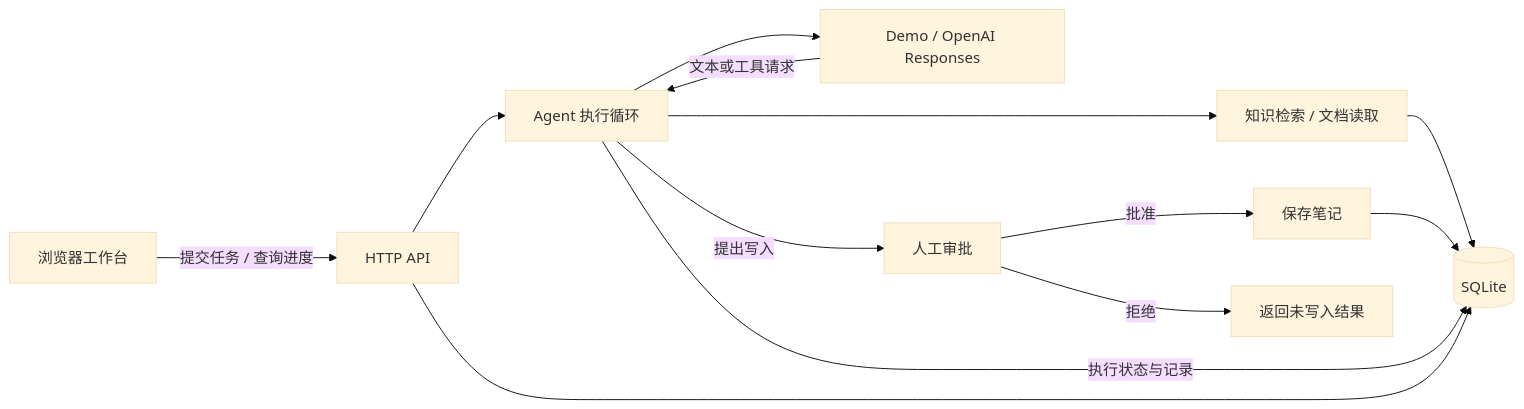
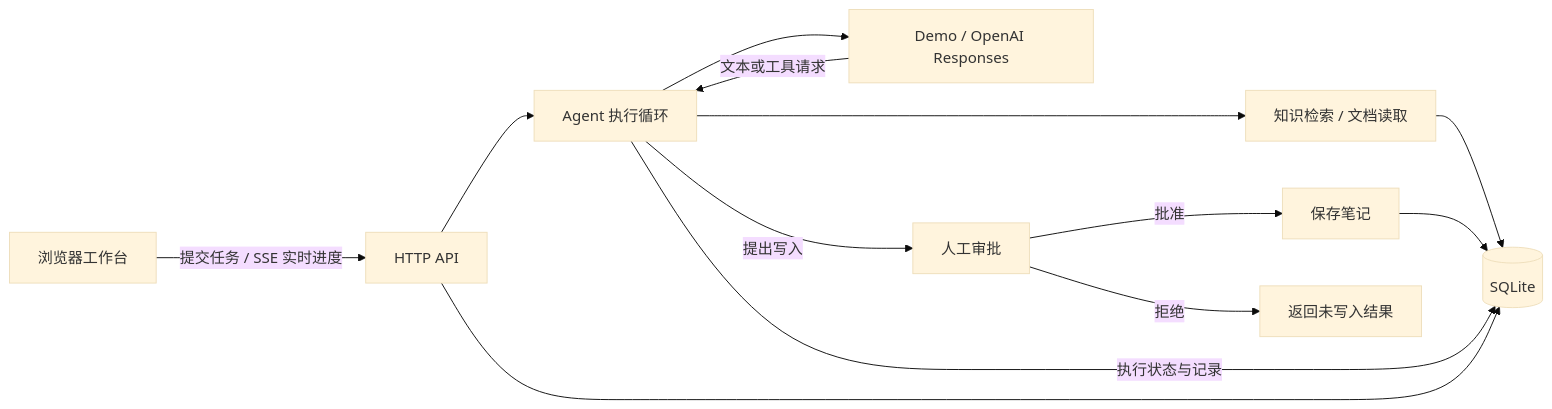
The first of 2 diagrams in docs/architecture.md (huangyuke914235/program1), drawn with Mermaid (base theme) before and after one commit. The commit also changed other lines of this file and 14 other files, not shown here.

````diff
--- a/docs/architecture.md
+++ b/docs/architecture.md
@@ -7,15 +7,15 @@
 ```mermaid
 flowchart LR
-    UI[浏览器工作台] -->|提交任务 / 查询进度| HTTP[HTTP API]
+    UI[浏览器工作台] -->|提交任务 / SSE 实时进度| HTTP[HTTP API]
     HTTP --> Engine[Agent 执行循环]
     Engine --> Provider[Demo / OpenAI Responses]
     Provider -->|文本或工具请求| Engine
     Engine --> Read[知识检索 / 文档读取]
     Engine -->|提出写入| Approval[人工审批]
     Approval -->|批准| Write[保存笔记]
     Approval -->|拒绝| Result[返回未写入结果]
     Read --> DB[(SQLite)]
     Write --> DB
     Engine -->|执行状态与记录| DB
     HTTP --> DB
 ```
````
